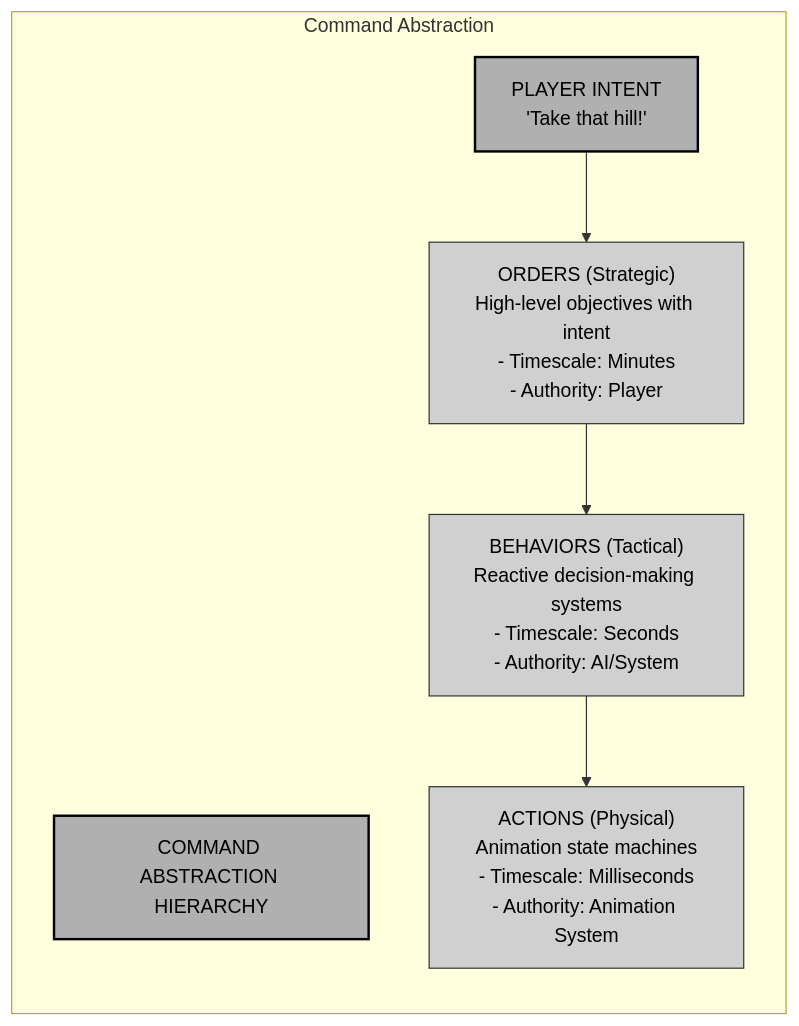
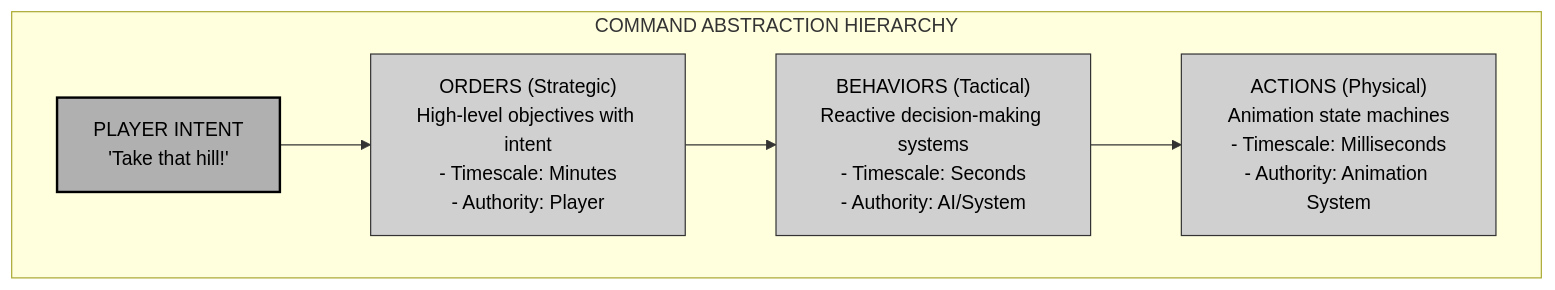
One commit to jukofyork/close-combat-architecture-study changed the first of 5 diagrams in chapter_06_orders_ai.md. Above: the diagram before and after it, drawn with Mermaid. The commit also changed other lines of this file and 8 other files, not shown here.

````diff
--- a/chapter_06_orders_ai.md
+++ b/chapter_06_orders_ai.md
@@ -7,25 +7,22 @@
 ```mermaid
 flowchart TB
-    subgraph Hierarchy["Command Abstraction"]
-        TITLE["COMMAND ABSTRACTION HIERARCHY"]:::dark
-        direction TB
-        
+    subgraph Hierarchy["COMMAND ABSTRACTION HIERARCHY"]
         PI["PLAYER INTENT<br/>'Take that hill!'"]
         
         ORDERS["ORDERS (Strategic)<br/>High-level objectives with intent<br/>- Timescale: Minutes<br/>- Authority: Player"]
         
         BEHAVIORS["BEHAVIORS (Tactical)<br/>Reactive decision-making systems<br/>- Timescale: Seconds<br/>- Authority: AI/System"]
         
         ACTIONS["ACTIONS (Physical)<br/>Animation state machines<br/>- Timescale: Milliseconds<br/>- Authority: Animation System"]
         
         PI --> ORDERS --> BEHAVIORS --> ACTIONS
     end
     
     classDef default fill:#fff,stroke:#000,stroke-width:1px,color:#000
     classDef light fill:#f0f0f0,stroke:#333,stroke-width:1px,color:#000
     classDef medium fill:#d0d0d0,stroke:#333,stroke-width:1px,color:#000
     classDef dark fill:#b0b0b0,stroke:#000,stroke-width:2px,color:#000
     
     class PI dark
     class ORDERS,BEHAVIORS,ACTIONS medium
 ```
````
